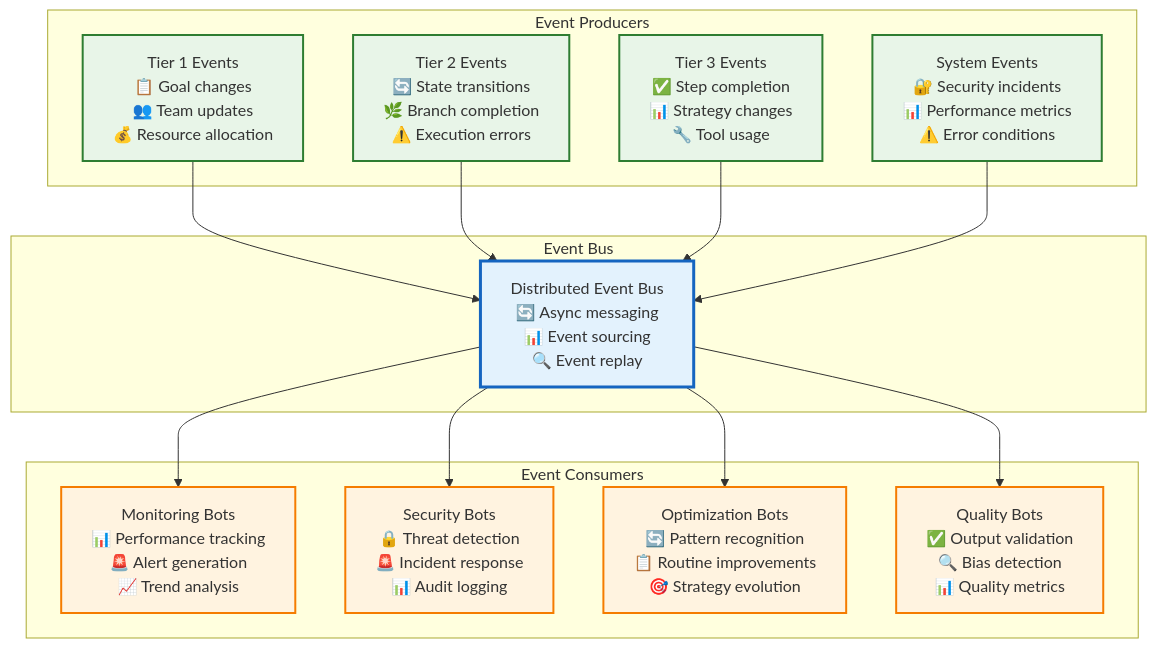
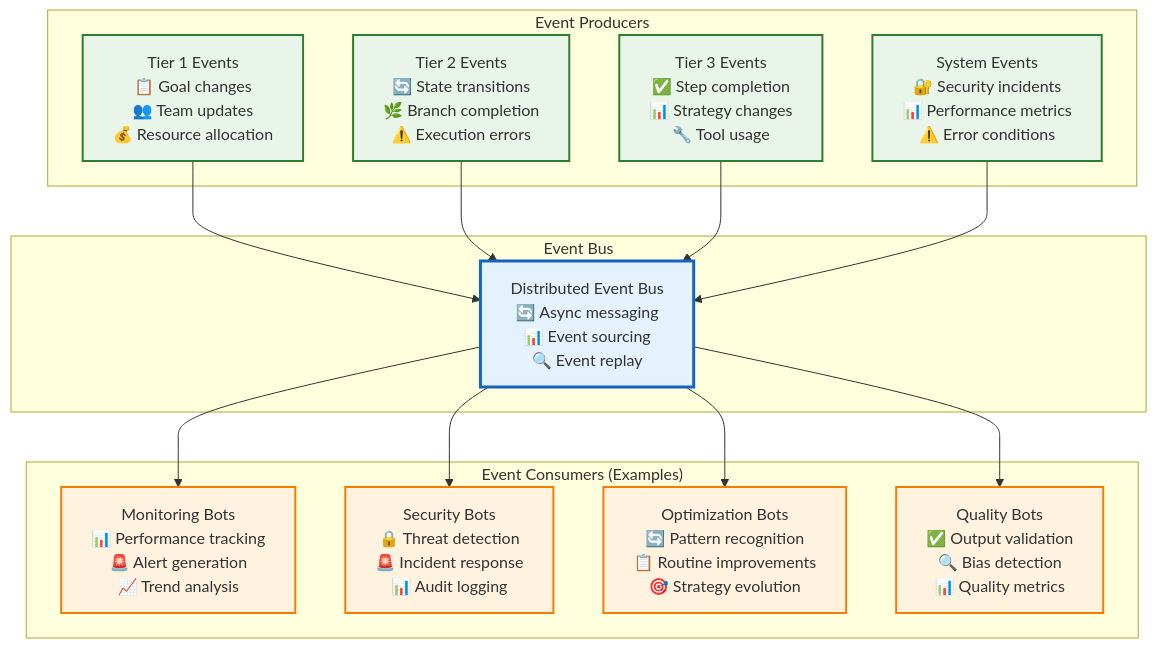
Diagram 31 of 50 in docs/ai-execution-architecture.md (Vrooli/Vrooli), drawn with Mermaid before and after one commit. The commit also changed other lines of this file, not shown here.

Commit message:
Execution architecture p12

````diff
--- a/docs/ai-execution-architecture.md
+++ b/docs/ai-execution-architecture.md
@@ -2442,38 +2544,38 @@
 ```mermaid
 graph TB
     subgraph "Event Bus"
         EventBus[Distributed Event Bus<br/>🔄 Async messaging<br/>📊 Event sourcing<br/>🔍 Event replay]
     end
     
     subgraph "Event Producers"
         T1Events[Tier 1 Events<br/>📋 Goal changes<br/>👥 Team updates<br/>💰 Resource allocation]
         T2Events[Tier 2 Events<br/>🔄 State transitions<br/>🌿 Branch completion<br/>⚠️ Execution errors]
         T3Events[Tier 3 Events<br/>✅ Step completion<br/>📊 Strategy changes<br/>🔧 Tool usage]
         SystemEvents[System Events<br/>🔐 Security incidents<br/>📊 Performance metrics<br/>⚠️ Error conditions]
     end
     
-    subgraph "Event Consumers"
+    subgraph "Event Consumers (Examples)"
         MonitoringBots[Monitoring Bots<br/>📊 Performance tracking<br/>🚨 Alert generation<br/>📈 Trend analysis]
         SecurityBots[Security Bots<br/>🔒 Threat detection<br/>🚨 Incident response<br/>📊 Audit logging]
         OptimizationBots[Optimization Bots<br/>🔄 Pattern recognition<br/>📋 Routine improvements<br/>🎯 Strategy evolution]
         QualityBots[Quality Bots<br/>✅ Output validation<br/>🔍 Bias detection<br/>📊 Quality metrics]
     end
     
     T1Events --> EventBus
     T2Events --> EventBus
     T3Events --> EventBus
     SystemEvents --> EventBus
     
     EventBus --> MonitoringBots
     EventBus --> SecurityBots
     EventBus --> OptimizationBots
     EventBus --> QualityBots
     
     classDef eventBus fill:#e3f2fd,stroke:#1565c0,stroke-width:3px
     classDef producers fill:#e8f5e8,stroke:#2e7d32,stroke-width:2px
     classDef consumers fill:#fff3e0,stroke:#f57c00,stroke-width:2px
     
     class EventBus eventBus
     class T1Events,T2Events,T3Events,SystemEvents producers
     class MonitoringBots,SecurityBots,OptimizationBots,QualityBots consumers
 ```
````
